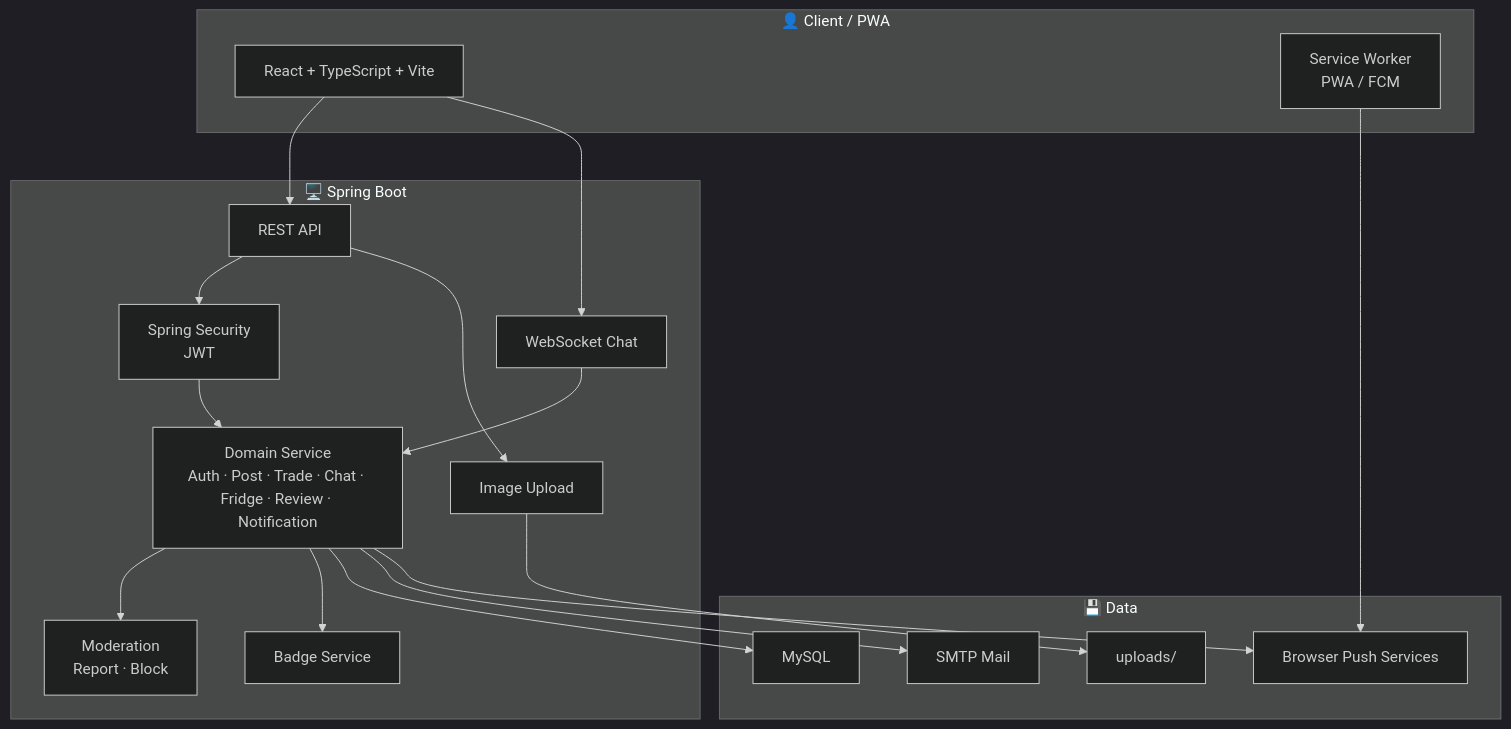
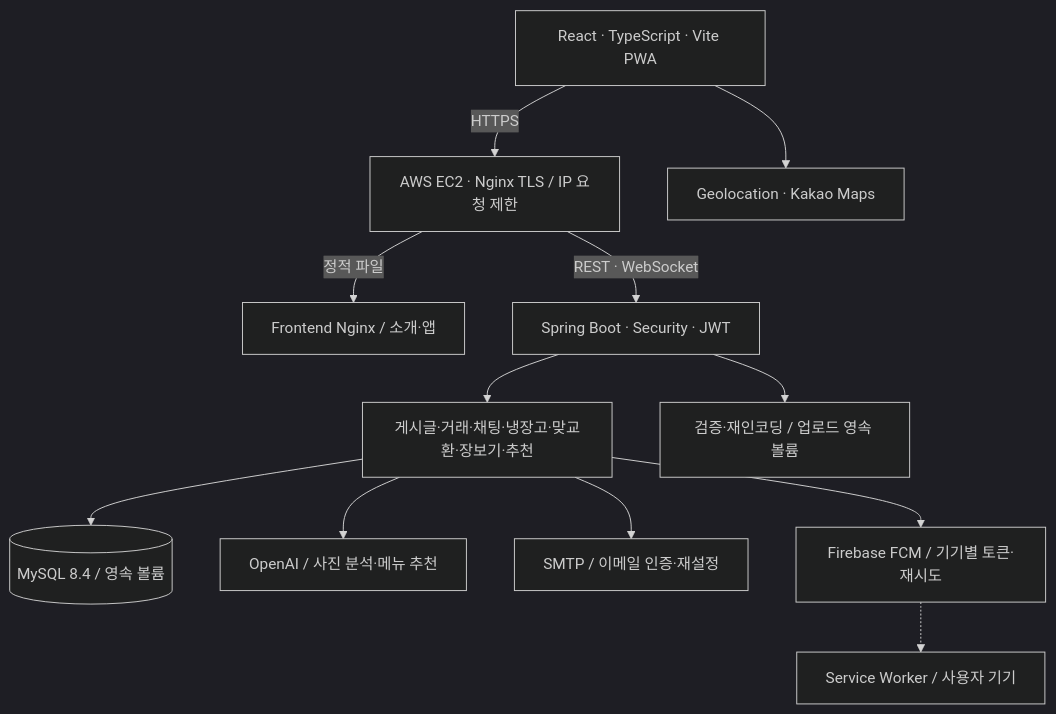
One commit to hjs7115/foodshare changed the second of 2 diagrams in README.md. Above: the diagram before and after it, drawn with Mermaid (dark theme). The commit also changed other lines of this file and 8 other files, not shown here.

Commit message:
docs: align README and diagrams with current production implementation

````diff
--- a/README.md
+++ b/README.md
@@ -102,38 +127,14 @@
 ```mermaid
 graph TB
-    subgraph Client["👤 Client / PWA"]
-        Web["React + TypeScript + Vite"]
-        SW["Service Worker<br/>PWA / FCM"]
-    end
-
-    subgraph Server["🖥️ Spring Boot"]
-        API["REST API"]
-        WS["WebSocket Chat"]
-        Security["Spring Security<br/>JWT"]
-        Domain["Domain Service<br/>Auth · Post · Trade · Chat · Fridge · Review · Notification"]
-        Moderation["Moderation<br/>Report · Block"]
-        Badge["Badge Service"]
-        Upload["Image Upload"]
-    end
-
-    subgraph Data["💾 Data"]
-        MySQL["MySQL"]
-        Files["uploads/"]
-        Mail["SMTP Mail"]
-        Push["Browser Push Services"]
-    end
-
-    Web --> API
-    Web --> WS
-    SW --> Push
-    API --> Security
-    Security --> Domain
-    WS --> Domain
-    Domain --> Moderation
-    Domain --> Badge
-    Domain --> MySQL
-    Domain --> Mail
-    Domain --> Push
-    API --> Upload
-    Upload --> Files
+    Client["React · TypeScript · Vite PWA"] -->|HTTPS| Edge["AWS EC2 · Nginx TLS / IP 요청 제한"]
+    Edge -->|정적 파일| Front["Frontend Nginx / 소개·앱"]
+    Edge -->|REST · WebSocket| API["Spring Boot · Security · JWT"]
+    API --> Domain["게시글·거래·채팅·냉장고·맞교환·장보기·추천"]
+    Domain --> DB[("MySQL 8.4 / 영속 볼륨")]
+    API --> Images["검증·재인코딩 / 업로드 영속 볼륨"]
+    Domain --> AI["OpenAI / 사진 분석·메뉴 추천"]
+    Domain --> Mail["SMTP / 이메일 인증·재설정"]
+    Domain --> Push["Firebase FCM / 기기별 토큰·재시도"]
+    Push -.-> SW["Service Worker / 사용자 기기"]
+    Client --> Maps["Geolocation · Kakao Maps"]
 ```
````
